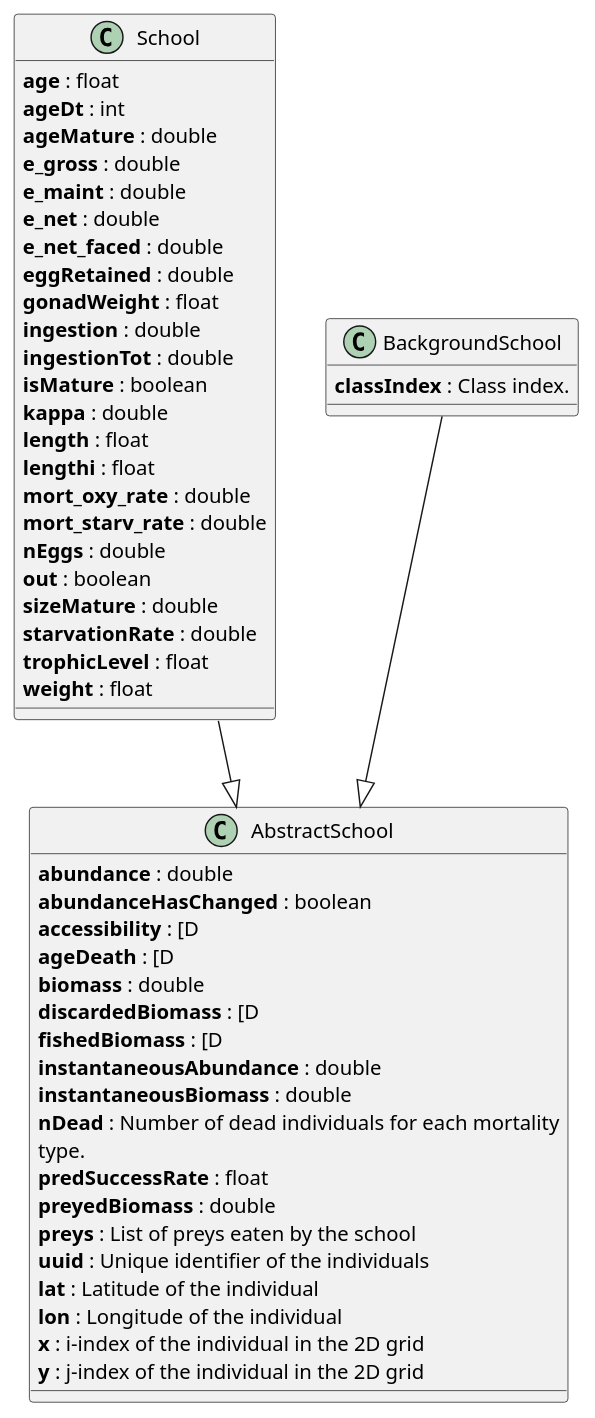
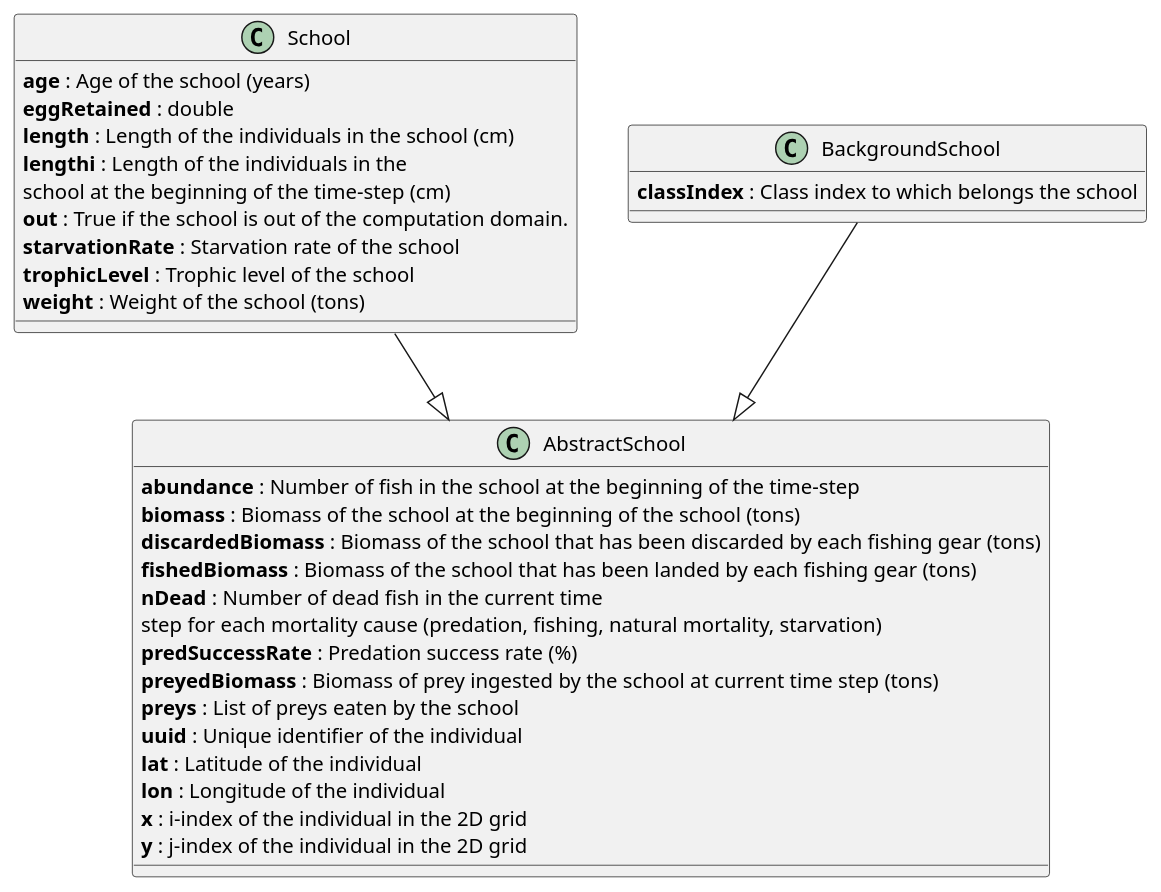
One commit to osmose-model/osmose changed the diagram in doc/odd_des/_static/school.puml. Above: the diagram before and after it, drawn with PlantUML.

Commit message:
update school puml file

```diff
--- a/doc/odd_des/_static/school.puml
+++ b/doc/odd_des/_static/school.puml
@@ -1,58 +1,40 @@
 @startuml
 
 Class AbstractSchool {
-	{field} <b>abundance</b> : double
-	{field} <b>abundanceHasChanged</b> : boolean
-	{field} <b>accessibility</b> : [D
-	{field} <b>ageDeath</b> : [D
-	{field} <b>biomass</b> : double
-	{field} <b>discardedBiomass</b> : [D
-	{field} <b>fishedBiomass</b> : [D
-	{field} <b>instantaneousAbundance</b> : double
-	{field} <b>instantaneousBiomass</b> : double
-	{field} <b>nDead</b> : Number of dead individuals for each mortality
-    type.
-	{field} <b>predSuccessRate</b> : float
-	{field} <b>preyedBiomass</b> : double
+	{field} <b>abundance</b> : Number of fish in the school at the beginning of the time-step
+	{field} <b>biomass</b> : Biomass of the school at the beginning of the school (tons)
+	{field} <b>discardedBiomass</b> : Biomass of the school that has been discarded by each fishing gear (tons)
+	{field} <b>fishedBiomass</b> : Biomass of the school that has been landed by each fishing gear (tons)
+	{field} <b>nDead</b> : Number of dead fish in the current time \nstep for each mortality cause (predation, fishing, natural mortality, starvation)
+	{field} <b>predSuccessRate</b> : Predation success rate (%)
+	{field} <b>preyedBiomass</b> : Biomass of prey ingested by the school at current time step (tons)
 	{field} <b>preys</b> : List of preys eaten by the school
-	{field} <b>uuid</b> : Unique identifier of the individuals
+	{field} <b>uuid</b> : Unique identifier of the individual
 	{field} <b>lat</b> : Latitude of the individual
     {field} <b>lon</b> : Longitude of the individual
 	{field} <b>x</b> : i-index of the individual in the 2D grid
 	{field} <b>y</b> : j-index of the individual in the 2D grid
+	' {field} <b>abundanceHasChanged</b> : boolean
+	' {field} <b>accessibility</b> : [D
+	' {field} <b>ageDeath</b> : [D
 }
 
 class School {
-	{field} <b>age</b> : float
-	{field} <b>ageDt</b> : int
-	{field} <b>ageMature</b> : double
-	{field} <b>e_gross</b> : double
-	{field} <b>e_maint</b> : double
-	{field} <b>e_net</b> : double
-	{field} <b>e_net_faced</b> : double
+	{field} <b>age</b> : Age of the school (years)
 	{field} <b>eggRetained</b> : double
-	{field} <b>gonadWeight</b> : float
-	{field} <b>ingestion</b> : double
-	{field} <b>ingestionTot</b> : double
-	{field} <b>isMature</b> : boolean
-	{field} <b>kappa</b> : double
-	{field} <b>length</b> : float
-	{field} <b>lengthi</b> : float
-	{field} <b>mort_oxy_rate</b> : double
-	{field} <b>mort_starv_rate</b> : double
-	{field} <b>nEggs</b> : double
-	{field} <b>out</b> : boolean
-	{field} <b>sizeMature</b> : double
-	{field} <b>starvationRate</b> : double
-	{field} <b>trophicLevel</b> : float
-	{field} <b>weight</b> : float
+	{field} <b>length</b> : Length of the individuals in the school (cm)
+	{field} <b>lengthi</b> : Length of the individuals in the \nschool at the beginning of the time-step (cm)
+	{field} <b>out</b> : True if the school is out of the computation domain.
+	{field} <b>starvationRate</b> : Starvation rate of the school
+	{field} <b>trophicLevel</b> : Trophic level of the school
+	{field} <b>weight</b> : Weight of the school (tons)
 }
 
 class BackgroundSchool {
-	{field} <b>classIndex</b> : Class index.
+	{field} <b>classIndex</b> : Class index to which belongs the school
 }
 
 School --|> AbstractSchool
 BackgroundSchool --|> AbstractSchool
 
 @enduml
```
